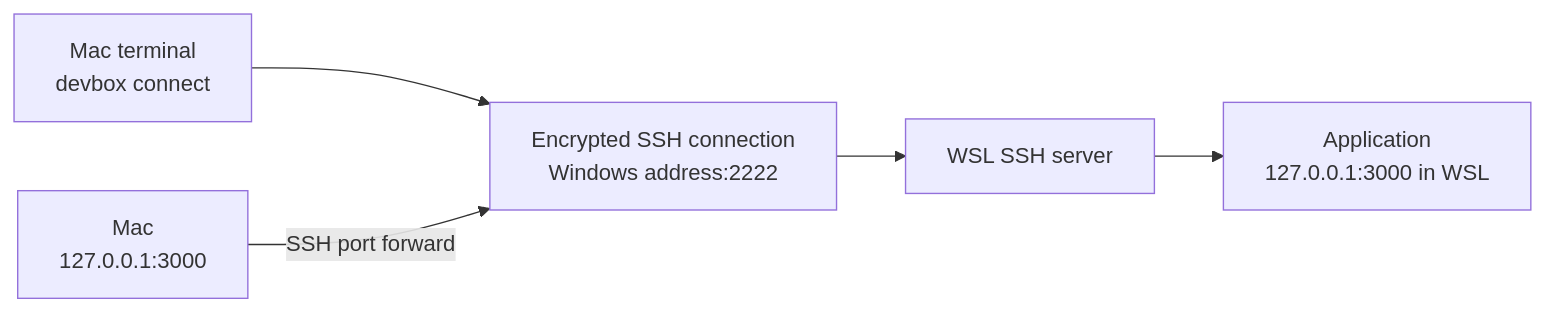
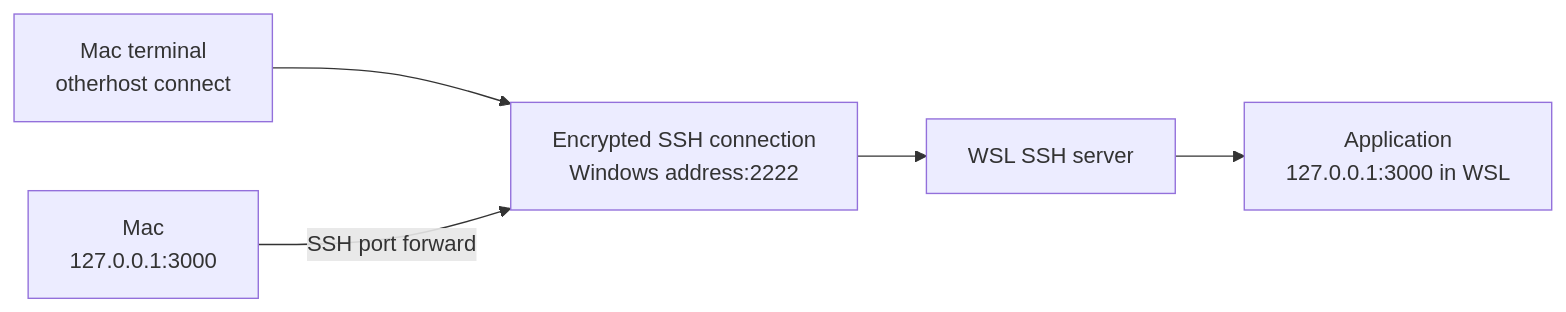
Before and after one commit to M3ndes/otherhost: the second of 3 diagrams in docs/how-it-works.md, drawn with Mermaid. The commit also changed other lines of this file and 49 other files, not shown here.

````diff
--- a/docs/how-it-works.md
+++ b/docs/how-it-works.md
@@ -105,12 +105,12 @@
 ```mermaid
 flowchart LR
-    Terminal["Mac terminal<br/>devbox connect"]
+    Terminal["Mac terminal<br/>otherhost connect"]
     Local3000["Mac<br/>127.0.0.1:3000"]
     SSH["Encrypted SSH connection<br/>Windows address:2222"]
     WSL["WSL SSH server"]
     App["Application<br/>127.0.0.1:3000 in WSL"]
 
     Terminal --> SSH --> WSL
     Local3000 -->|"SSH port forward"| SSH
     WSL --> App
 ```
````
